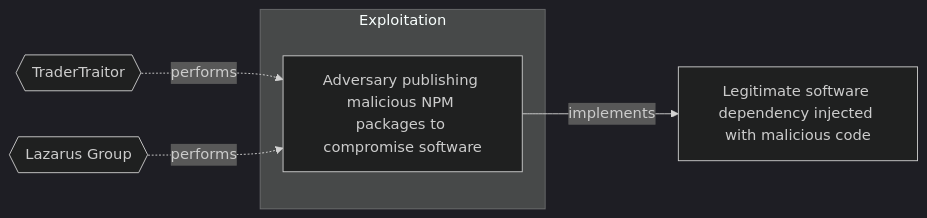
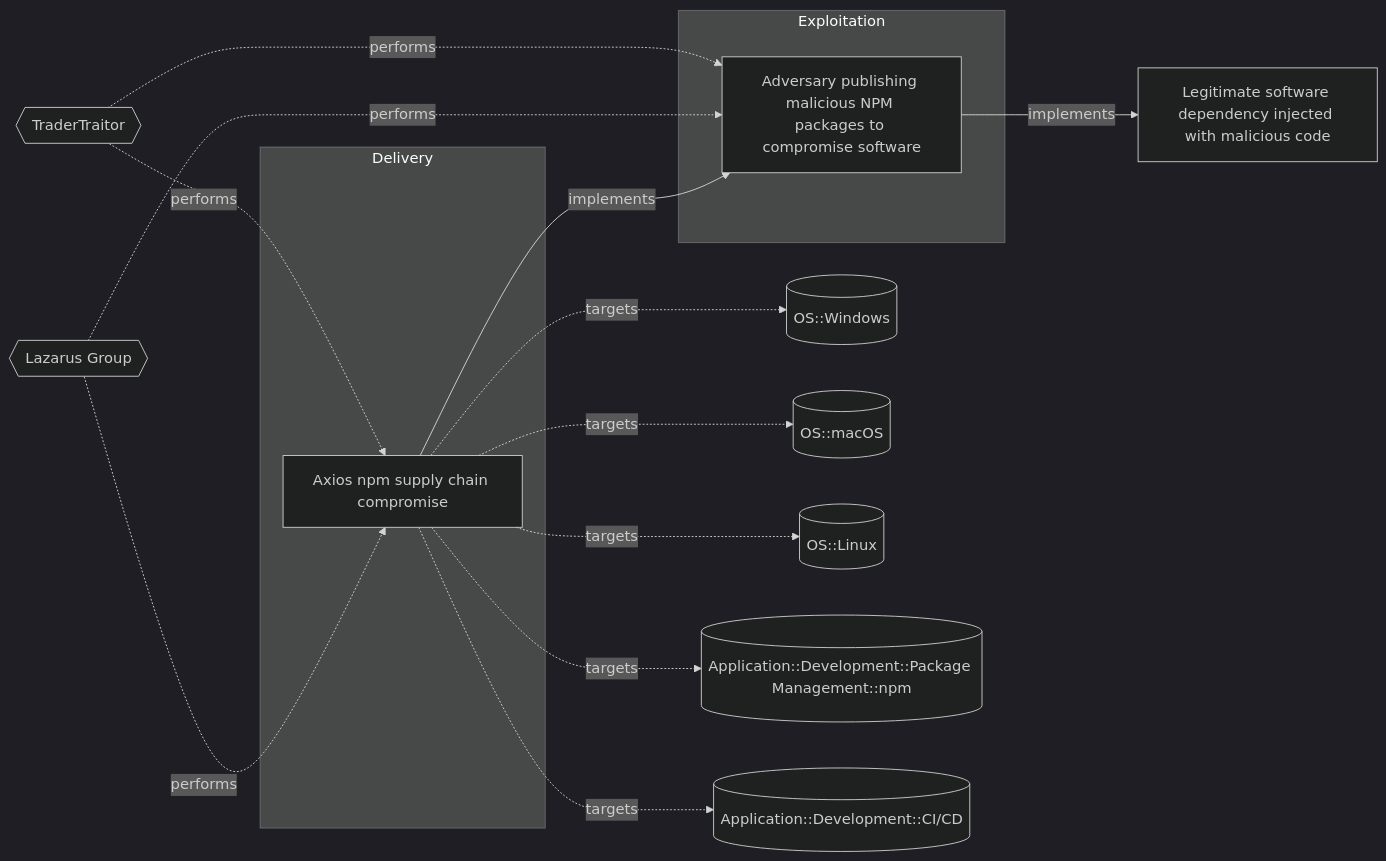
The diagram in Models/Threat Vectors/☣️ Adversary publishing malicious NPM packages to compromise software.md (OpenTideHQ/WikiTide), drawn with Mermaid (dark theme) before and after one commit. The commit also changed other lines of this file and 6 other files, not shown here.

````diff
--- a/Models/Threat Vectors/☣️ Adversary publishing malicious NPM packages to compromise software.md
+++ b/Models/Threat Vectors/☣️ Adversary publishing malicious NPM packages to compromise software.md
@@ -69,20 +69,37 @@
 ```mermaid
 
 flowchart LR
 
+000790d9-06de-49af-893d-e4993abe6e38[Axios npm supply chain compromise]
 d24f2b4a-80fc-4ee7-9293-3f6e9e3bbbe4[Adversary publishing malicious NPM packages to compromise software]
 b6887f4b-eeae-462c-a2ac-7454efb5eabc[Legitimate software dependency injected with malicious code]
 
+subgraph Delivery
+000790d9-06de-49af-893d-e4993abe6e38
+end
 subgraph Exploitation
 d24f2b4a-80fc-4ee7-9293-3f6e9e3bbbe4
 end
 
+OS::Windows[(OS::Windows)]
+OS::macOS[(OS::macOS)]
+OS::Linux[(OS::Linux)]
+Application::Development::PackageManagement::npm[(Application::Development::Package Management::npm)]
+Application::Development::CI/CD[(Application::Development::CI/CD)]
 TraderTraitor{{TraderTraitor}}
 LazarusGroup{{Lazarus Group}}
 
+000790d9-06de-49af-893d-e4993abe6e38 -.->|targets| OS::Windows
+000790d9-06de-49af-893d-e4993abe6e38 -.->|targets| OS::macOS
+000790d9-06de-49af-893d-e4993abe6e38 -.->|targets| OS::Linux
+000790d9-06de-49af-893d-e4993abe6e38 -.->|targets| Application::Development::PackageManagement::npm
+000790d9-06de-49af-893d-e4993abe6e38 -.->|targets| Application::Development::CI/CD
+TraderTraitor -.-> |performs| 000790d9-06de-49af-893d-e4993abe6e38
+LazarusGroup -.-> |performs| 000790d9-06de-49af-893d-e4993abe6e38
 TraderTraitor -.-> |performs| d24f2b4a-80fc-4ee7-9293-3f6e9e3bbbe4
 LazarusGroup -.-> |performs| d24f2b4a-80fc-4ee7-9293-3f6e9e3bbbe4
 
+000790d9-06de-49af-893d-e4993abe6e38 -->|implements| d24f2b4a-80fc-4ee7-9293-3f6e9e3bbbe4
 d24f2b4a-80fc-4ee7-9293-3f6e9e3bbbe4 -->|implements| b6887f4b-eeae-462c-a2ac-7454efb5eabc
 
 ```
````
